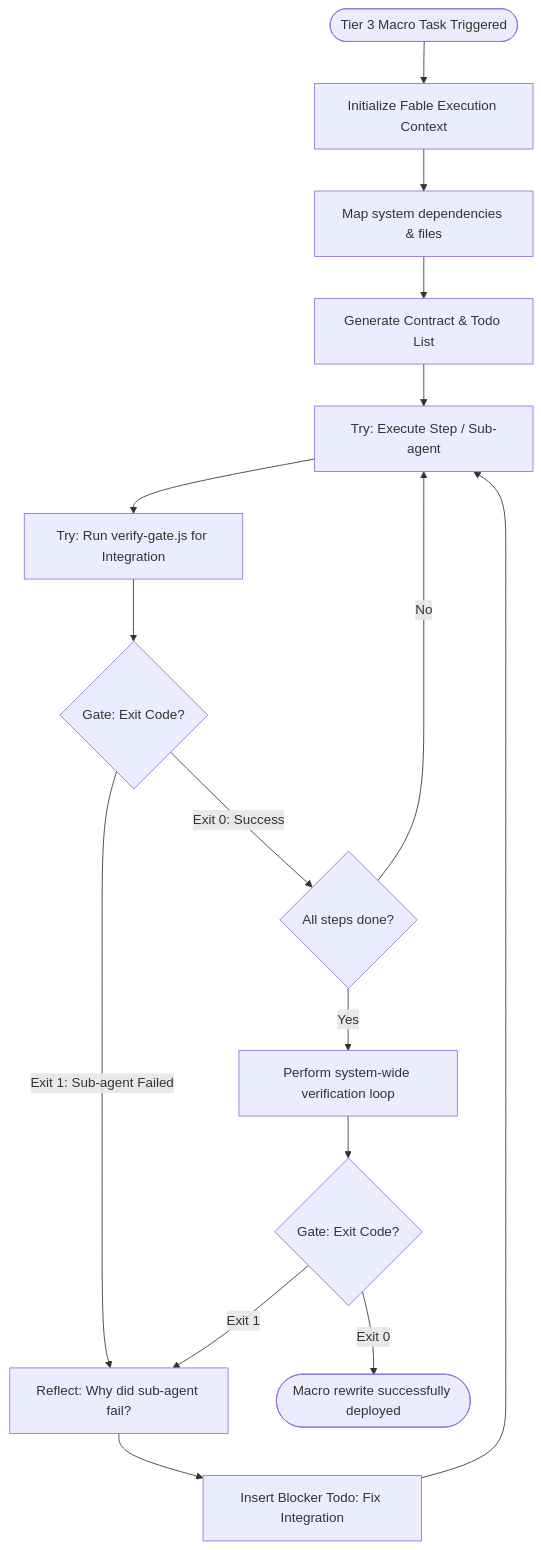
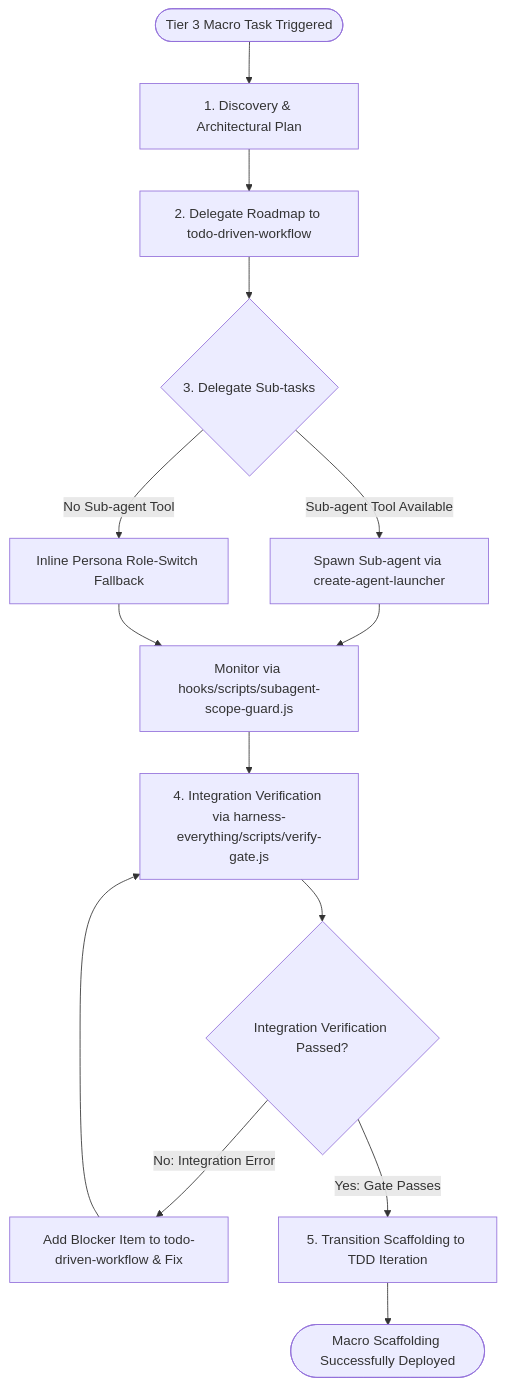
The diagram in docs/workflows/fable-mode.md (dyphn1/Harness-everything), drawn with Mermaid before and after one commit. The commit also changed 54 other files, not shown here.

````diff
--- a/docs/workflows/fable-mode.md
+++ b/docs/workflows/fable-mode.md
@@ -11,22 +11,19 @@
 ```mermaid
 graph TD
-  Start([Tier 3 Macro Task Triggered]) --> InitFable["Initialize Fable Execution Context"]
-  InitFable --> AnalyzeScope["Map system dependencies & files"]
-  AnalyzeScope --> GenerateContract["Generate Contract & Todo List"]
+  Start([Tier 3 Macro Task Triggered]) --> Discovery["1. Discovery & Architectural Plan"]
+  Discovery --> InitTodo["2. Delegate Roadmap to todo-driven-workflow"]
   
-  GenerateContract --> RunStep["Try: Execute Step / Sub-agent"]
-  RunStep --> VerifyStep["Try: Run verify-gate.js for Integration"]
+  InitTodo --> Delegate{3. Delegate Sub-tasks}
+  Delegate -->|Sub-agent Tool Available| SpawnSub["Spawn Sub-agent via create-agent-launcher"]
+  Delegate -->|No Sub-agent Tool| InlinePersona["Inline Persona Role-Switch Fallback"]
   
-  VerifyStep --> Check{Gate: Exit Code?}
-  Check -->|Exit 1: Sub-agent Failed| Diagnose["Reflect: Why did sub-agent fail?"]
-  Diagnose --> InsertBlocker["Insert Blocker Todo: Fix Integration"]
-  InsertBlocker --> RunStep
+  SpawnSub --> ScopeCheck["Monitor via hooks/scripts/subagent-scope-guard.js"]
+  InlinePersona --> ScopeCheck
   
-  Check -->|Exit 0: Success| CheckAllSteps{All steps done?}
-  CheckAllSteps -->|No| RunStep
-  CheckAllSteps -->|Yes| FinalAudit["Perform system-wide verification loop"]
+  ScopeCheck --> VerifyStep["4. Integration Verification via harness-everything/scripts/verify-gate.js"]
+  VerifyStep --> CheckGate{Integration Verification Passed?}
   
-  FinalAudit --> FinalCheck{Gate: Exit Code?}
-  FinalCheck -->|Exit 1| Diagnose
-  FinalCheck -->|Exit 0| End([Macro rewrite successfully deployed])
+  CheckGate -->|No: Integration Error| FixBlocker["Add Blocker Item to todo-driven-workflow & Fix"] --> VerifyStep
+  CheckGate -->|Yes: Gate Passes| Transition["5. Transition Scaffolding to TDD Iteration"]
+  Transition --> End([Macro Scaffolding Successfully Deployed])
 ```
````
